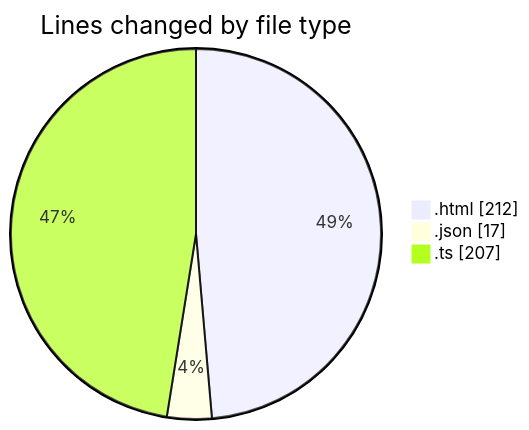
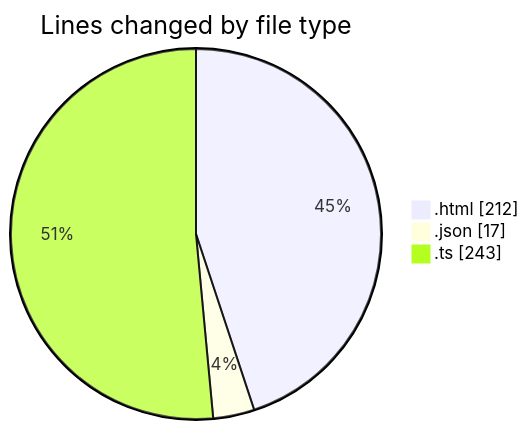
The first of 2 diagrams in 2025-07-29/invoices/README.md (EIIisD/code-tracking), drawn with Mermaid before and after one commit. The commit also changed other lines of this file and 1 other file, not shown here.

````diff
--- a/2025-07-29/invoices/README.md
+++ b/2025-07-29/invoices/README.md
@@ -22,7 +22,7 @@
 ```mermaid
 pie showData
 title Lines changed by file type
 ".html" : 212
 ".json" : 17
-".ts" : 207
+".ts" : 243
 ```
````
